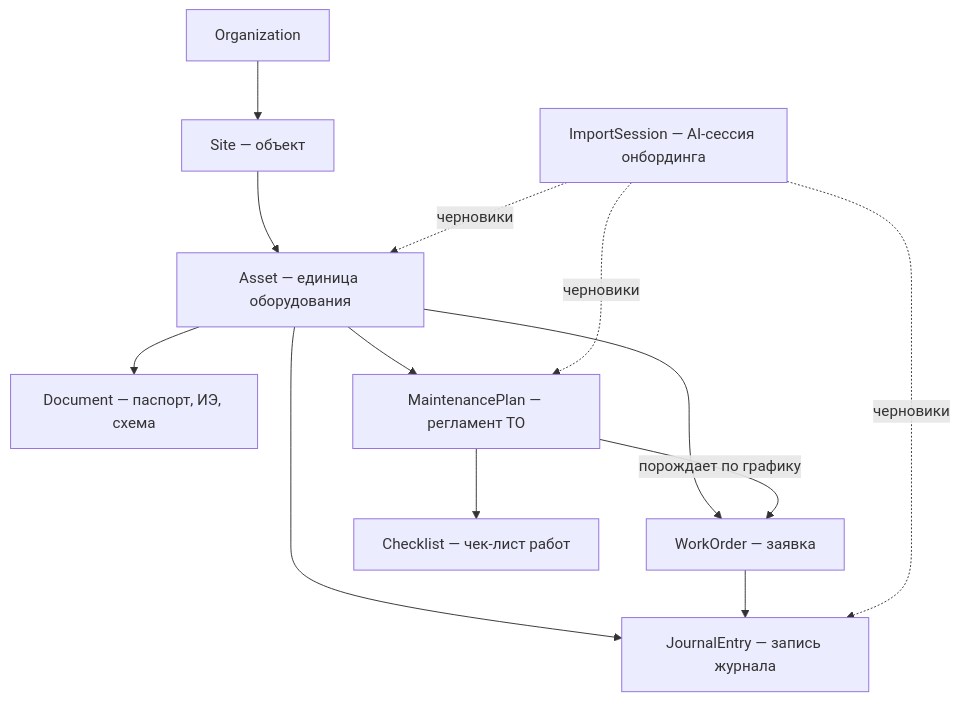
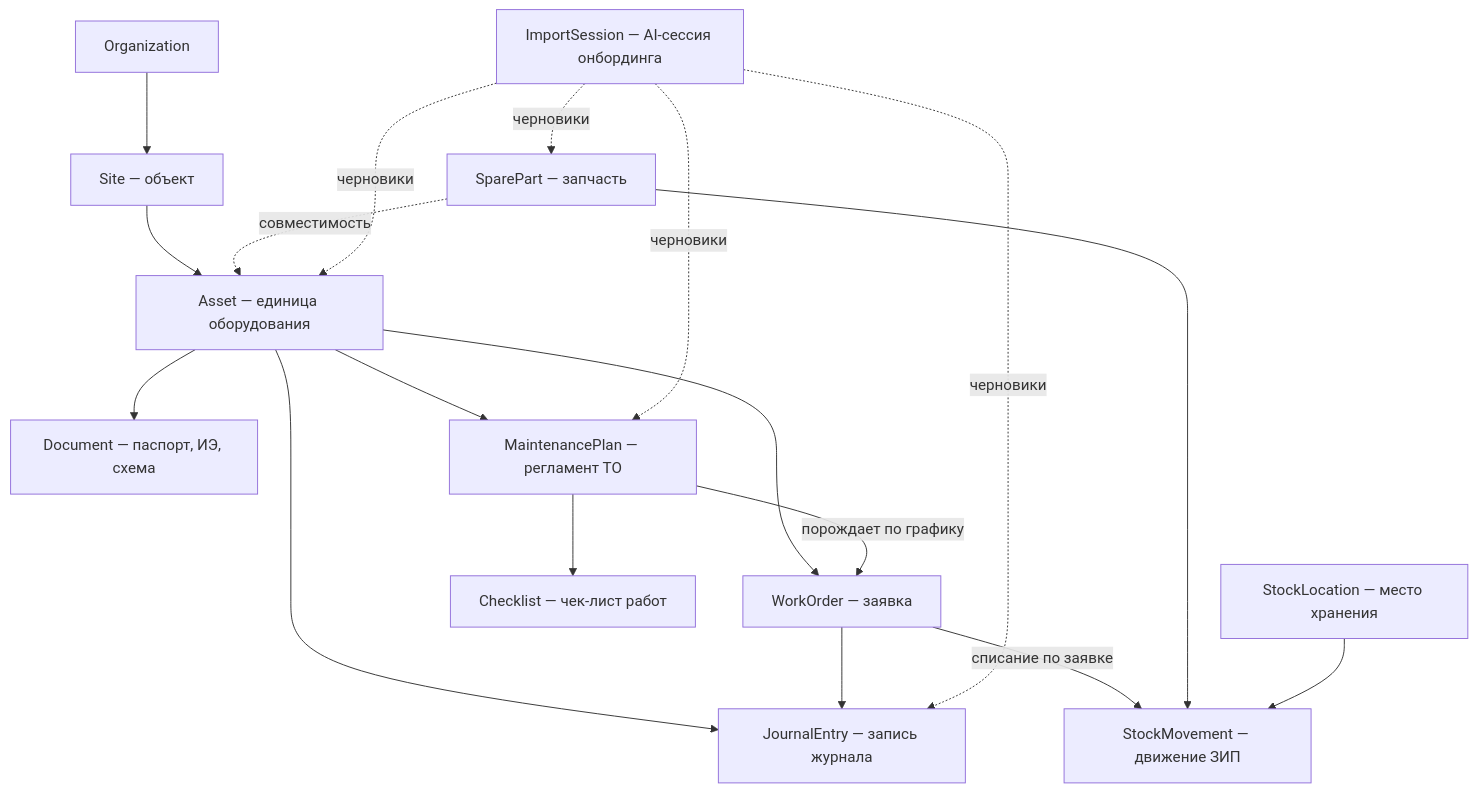
The second of 6 diagrams in TOIR_AI_SYSTEM_DESIGN.md (masterdoc-app/masterdoc), drawn with Mermaid before and after one commit. The commit also changed other lines of this file, not shown here.

Commit message:
Add spare parts inventory (sklad ZIP) design: entities, states, workstations, AI scenarios

````diff
--- a/TOIR_AI_SYSTEM_DESIGN.md
+++ b/TOIR_AI_SYSTEM_DESIGN.md
@@ -129,22 +142,30 @@
 ```mermaid
 flowchart TB
   Org[Organization]
   Site[Site — объект]
   Asset[Asset — единица оборудования]
   Doc[Document — паспорт, ИЭ, схема]
   WO[WorkOrder — заявка]
   JE[JournalEntry — запись журнала]
   MP[MaintenancePlan — регламент ТО]
   CL[Checklist — чек-лист работ]
   IS[ImportSession — AI-сессия онбординга]
+  SP[SparePart — запчасть]
+  SL[StockLocation — место хранения]
+  SM[StockMovement — движение ЗИП]
   Org --> Site --> Asset
   Asset --> Doc
   Asset --> WO
   Asset --> JE
   Asset --> MP --> CL
   MP -->|порождает по графику| WO
   WO --> JE
+  WO -->|списание по заявке| SM
+  SP --> SM
+  SL --> SM
+  SP -.совместимость.-> Asset
   IS -.черновики.-> Asset
   IS -.черновики.-> JE
   IS -.черновики.-> MP
+  IS -.черновики.-> SP
 ```
````
